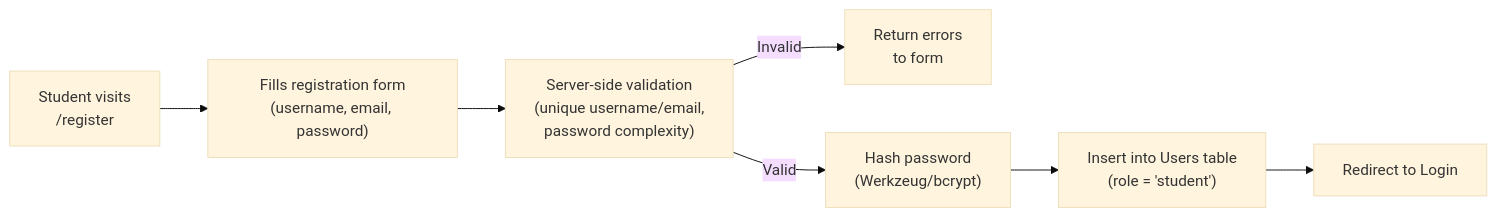
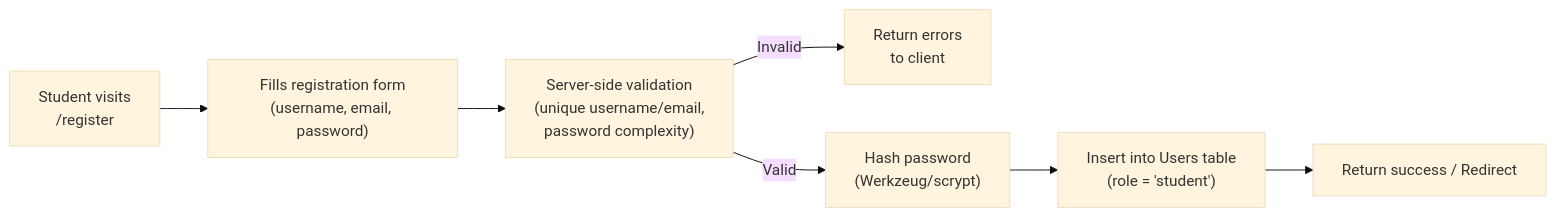
Before and after one commit to goxxie08/Wellvia: the sixth of 21 diagrams in ARCHITECTURE.md, drawn with Mermaid (base theme). The commit also changed other lines of this file and 2 other files, not shown here.

````diff
--- a/ARCHITECTURE.md
+++ b/ARCHITECTURE.md
@@ -569,9 +587,9 @@
 ```mermaid
 flowchart LR
     A["Student visits<br/>/register"] --> B["Fills registration form<br/>(username, email, password)"]
     B --> C["Server-side validation<br/>(unique username/email,<br/>password complexity)"]
-    C -->|"Invalid"| D["Return errors<br/>to form"]
-    C -->|"Valid"| E["Hash password<br/>(Werkzeug/bcrypt)"]
+    C -->|"Invalid"| D["Return errors<br/>to client"]
+    C -->|"Valid"| E["Hash password<br/>(Werkzeug/scrypt)"]
     E --> F["Insert into Users table<br/>(role = 'student')"]
-    F --> G["Redirect to Login"]
+    F --> G["Return success / Redirect"]
 ```
````
